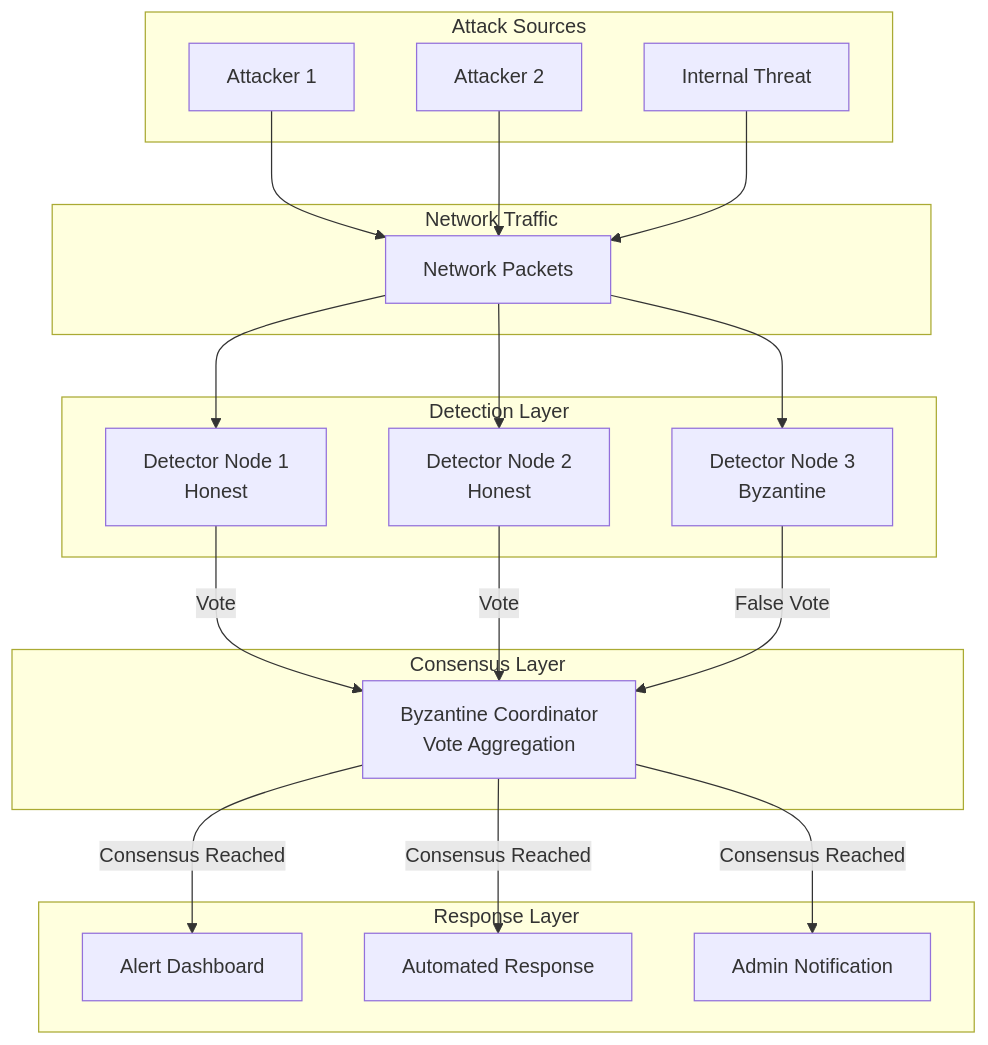
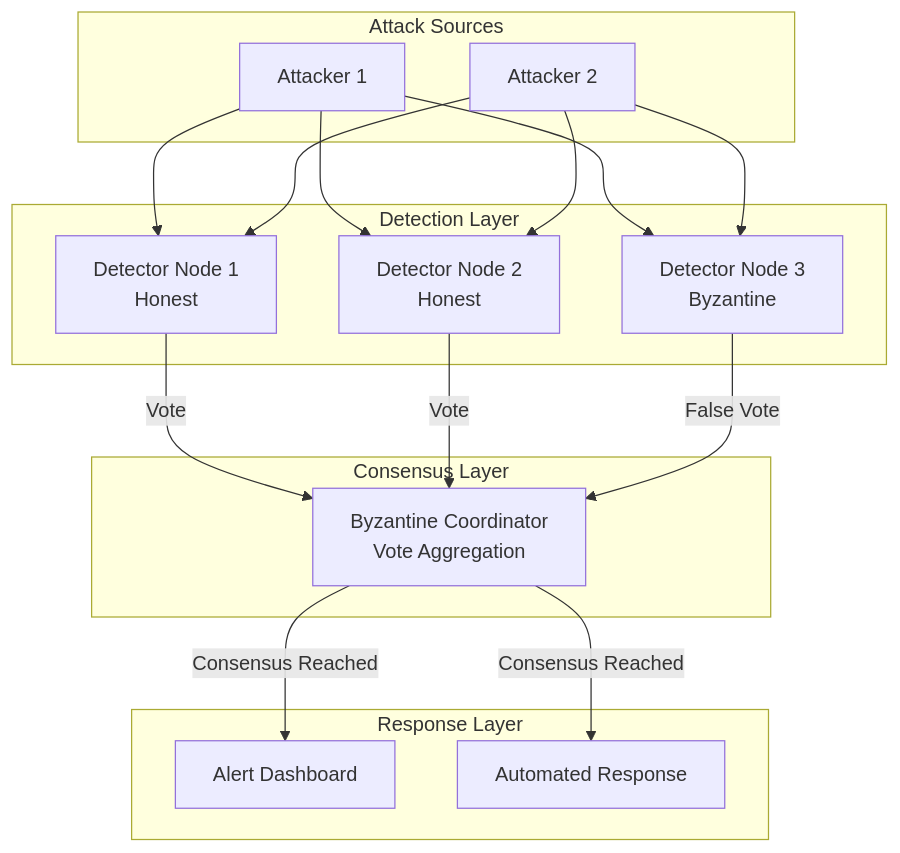
The diagram in README.md (amoghnellutla/Byzantine-Fault-Tolerant-IDS), drawn with Mermaid before and after one commit. The commit also changed other lines of this file, not shown here.

````diff
--- a/README.md
+++ b/README.md
@@ -39,44 +59,36 @@
 ```mermaid
 graph TB
     subgraph "Attack Sources"
         A1[Attacker 1] 
         A2[Attacker 2]
-        A3[Internal Threat]
-    end
-    
-    subgraph "Network Traffic"
-        NT[Network Packets]
     end
     
     subgraph "Detection Layer"
         D1[Detector Node 1<br/>Honest]
         D2[Detector Node 2<br/>Honest]
         D3[Detector Node 3<br/>Byzantine]
     end
     
     subgraph "Consensus Layer"
         C[Byzantine Coordinator<br/>Vote Aggregation]
     end
     
     subgraph "Response Layer"
         R1[Alert Dashboard]
         R2[Automated Response]
-        R3[Admin Notification]
     end
     
-    A1 --> NT
-    A2 --> NT
-    A3 --> NT
-    
-    NT --> D1
-    NT --> D2
-    NT --> D3
+    A1 --> D1
+    A1 --> D2
+    A1 --> D3
+    A2 --> D1
+    A2 --> D2
+    A2 --> D3
     
     D1 -->|Vote| C
     D2 -->|Vote| C
     D3 -->|False Vote| C
     
     C -->|Consensus Reached| R1
     C -->|Consensus Reached| R2
-    C -->|Consensus Reached| R3
 ```
````
